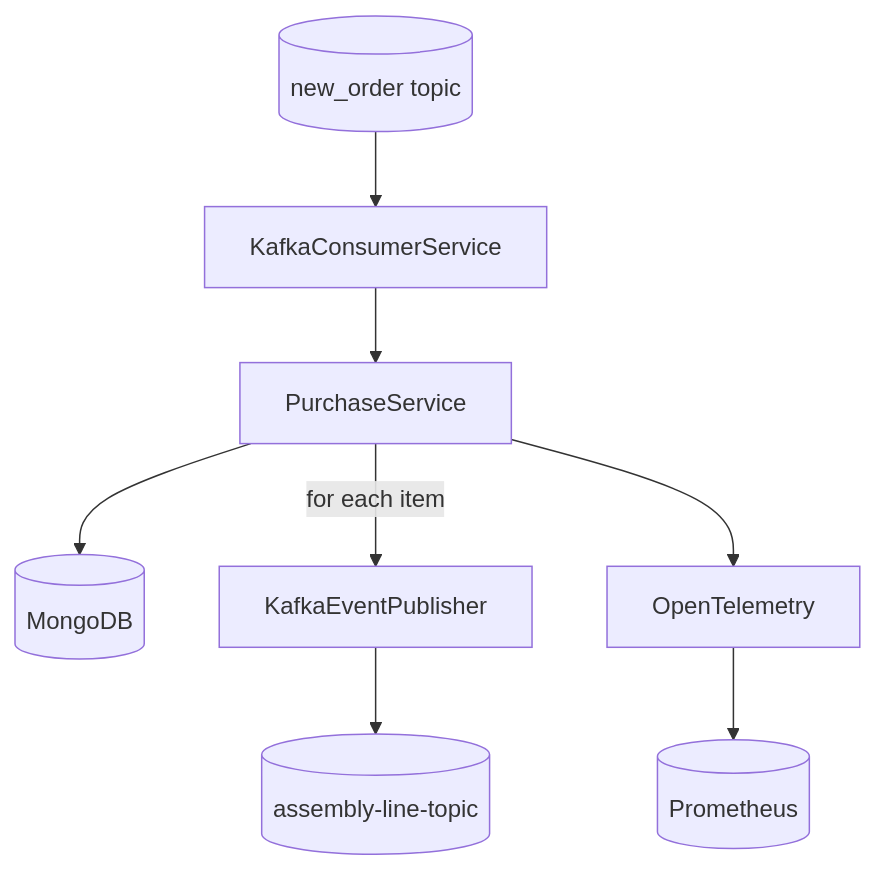
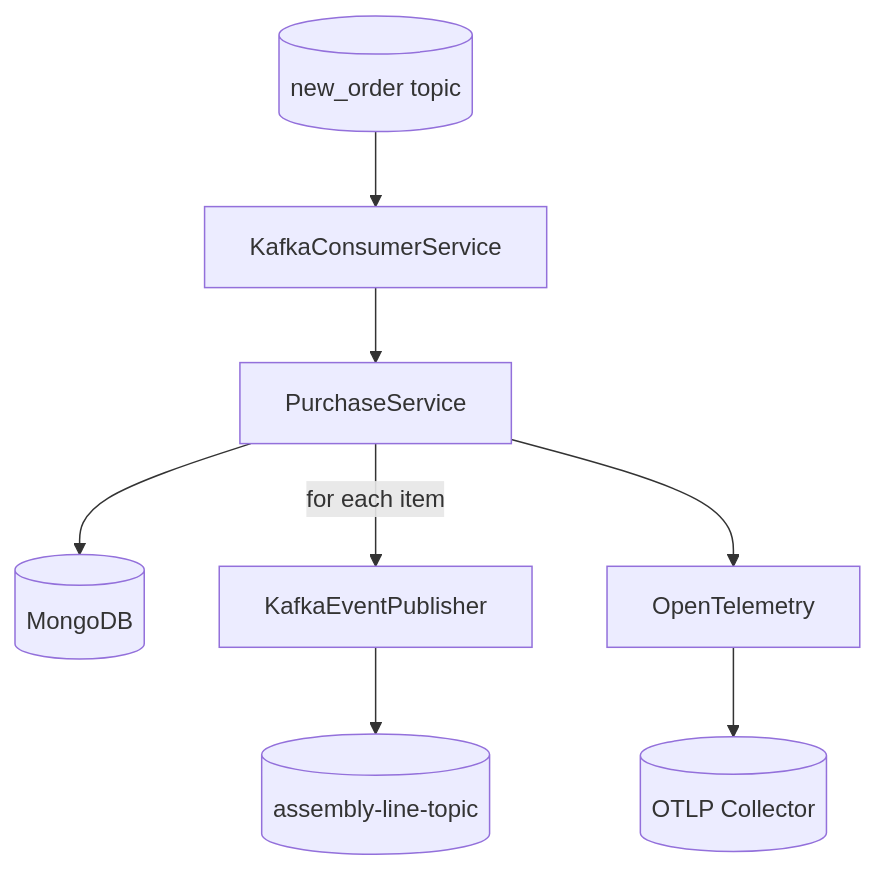
Before and after one commit to paulomontori/springboot-event-processor: the diagram in README.md, drawn with Mermaid. The commit also changed other lines of this file and 2 other files, not shown here.

Commit message:
Switch metrics exporter to OTLP

````diff
--- a/README.md
+++ b/README.md
@@ -9,10 +10,10 @@
 ```mermaid
 graph TD
     A[(new_order topic)] --> B[KafkaConsumerService]
     B --> C[PurchaseService]
     C --> D[(MongoDB)]
     C -->|for each item| E[KafkaEventPublisher]
     E --> F[(assembly-line-topic)]
     C --> G[OpenTelemetry]
-    G --> H[(Prometheus)]
+    G --> H[(OTLP Collector)]
 ```
````
